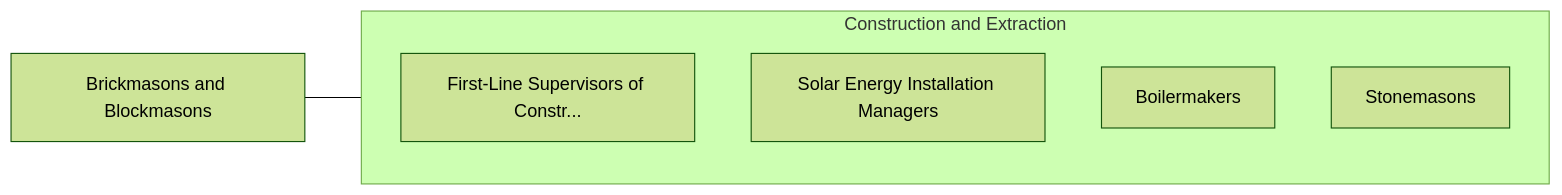
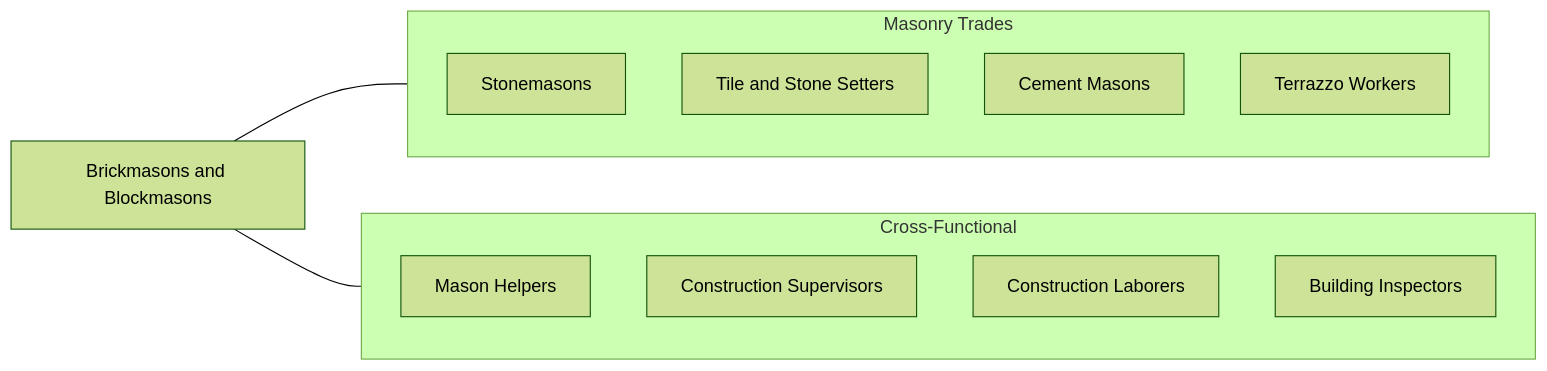
The fourth of 4 diagrams in occupations/Construction/BrickmasonsAndBlockmasons.mdx (kziemski/business.org.ai), drawn with Mermaid (forest theme) before and after one commit. The commit also changed other lines of this file and 938 other files, not shown here.

````diff
--- a/occupations/Construction/BrickmasonsAndBlockmasons.mdx
+++ b/occupations/Construction/BrickmasonsAndBlockmasons.mdx
@@ -110,13 +235,21 @@
 ```mermaid
 graph LR
     Current["Brickmasons and Blockmasons"]
 
-    subgraph SameCategory["Construction and Extraction"]
-        FirstLineSupervisors["First-Line Supervisors of Constr..."]
-        SolarEnergyInstallat["Solar Energy Installation Managers"]
-        Boilermakers["Boilermakers"]
-        Stonemasons["Stonemasons"]
+    subgraph SameCategory["Masonry Trades"]
+        Stone["Stonemasons"]
+        Tile["Tile and Stone Setters"]
+        Cement["Cement Masons"]
+        Terrazzo["Terrazzo Workers"]
+    end
+
+    subgraph CrossFunctional["Cross-Functional"]
+        Helper["Mason Helpers"]
+        Super["Construction Supervisors"]
+        Laborer["Construction Laborers"]
+        Inspector["Building Inspectors"]
     end
 
     Current --- SameCategory
+    Current --- CrossFunctional
 ```
````
